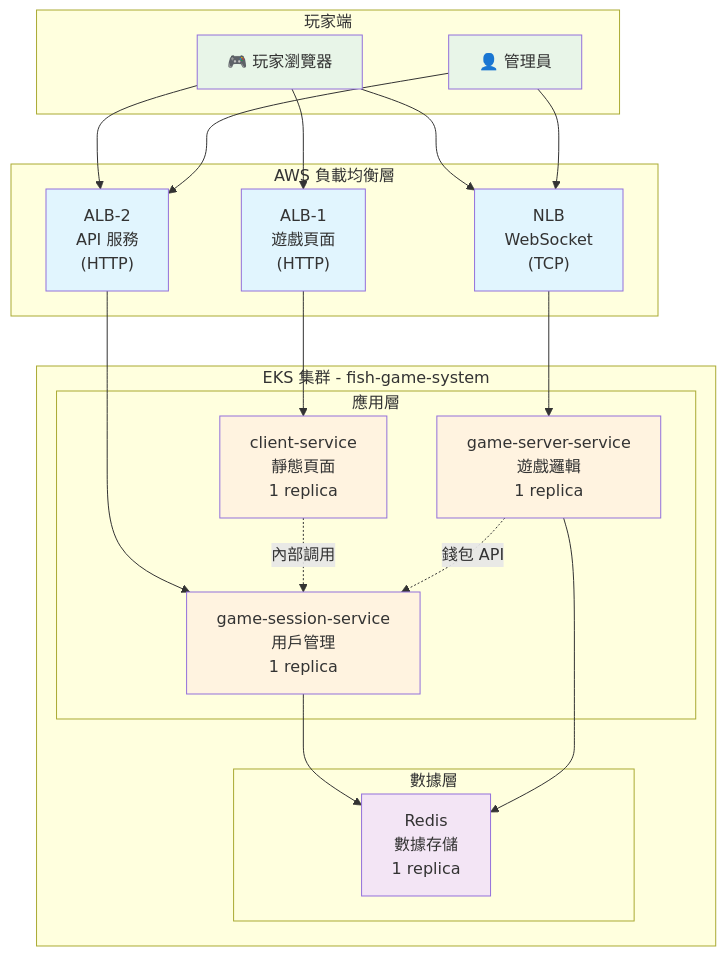
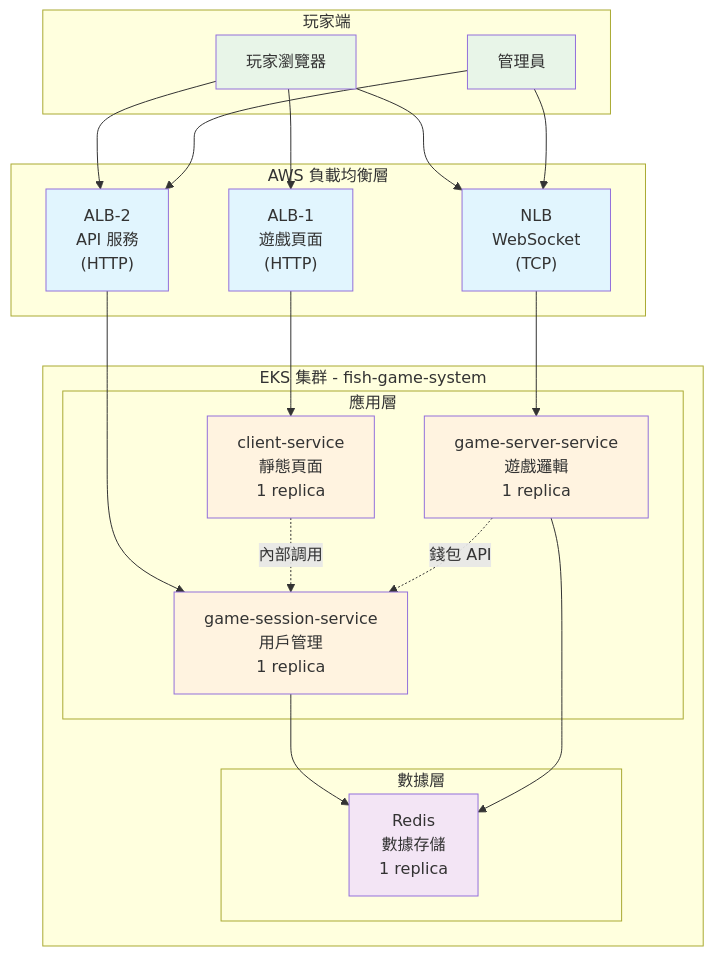
One commit to hoycdanny/fish-machine-workshop changed the diagram in 3.eks-service-deployment/README.md. Above: the diagram before and after it, drawn with Mermaid. The commit also changed other lines of this file and 4 other files, not shown here.

````diff
--- a/3.eks-service-deployment/README.md
+++ b/3.eks-service-deployment/README.md
@@ -602,50 +541,50 @@
 ```mermaid
 graph TB
     subgraph "玩家端"
-        Player["🎮 玩家瀏覽器"]
-        Admin["👤 管理員"]
+        Player["玩家瀏覽器"]
+        Admin["管理員"]
     end
     
     subgraph "AWS 負載均衡層"
         ALB1["ALB-1<br/>遊戲頁面<br/>(HTTP)"]
         ALB2["ALB-2<br/>API 服務<br/>(HTTP)"]
         NLB["NLB<br/>WebSocket<br/>(TCP)"]
     end
     
     subgraph "EKS 集群 - fish-game-system"
         subgraph "應用層"
             Client["client-service<br/>靜態頁面<br/>1 replica"]
             Session["game-session-service<br/>用戶管理<br/>1 replica"]
             Server["game-server-service<br/>遊戲邏輯<br/>1 replica"]
         end
         
         subgraph "數據層"
             Redis["Redis<br/>數據存儲<br/>1 replica"]
         end
     end
     
     Player --> ALB1
     Player --> ALB2
     Player --> NLB
     Admin --> ALB2
     Admin --> NLB
     
     ALB1 --> Client
     ALB2 --> Session
     NLB --> Server
     
     Client -.->|內部調用| Session
     Session --> Redis
     Server --> Redis
     Server -.->|錢包 API| Session
     
     classDef player fill:#e8f5e8
     classDef alb fill:#e1f5fe
     classDef service fill:#fff3e0
     classDef data fill:#f3e5f5
     
     class Player,Admin player
     class ALB1,ALB2,NLB alb
     class Client,Session,Server service
     class Redis data
 ```
````
